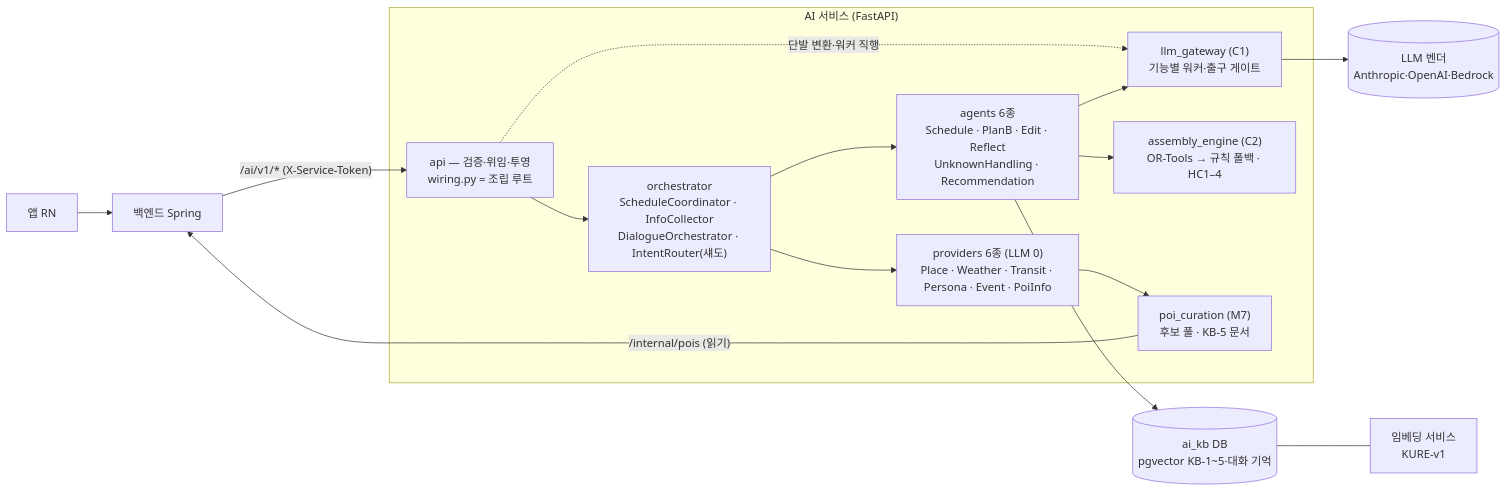
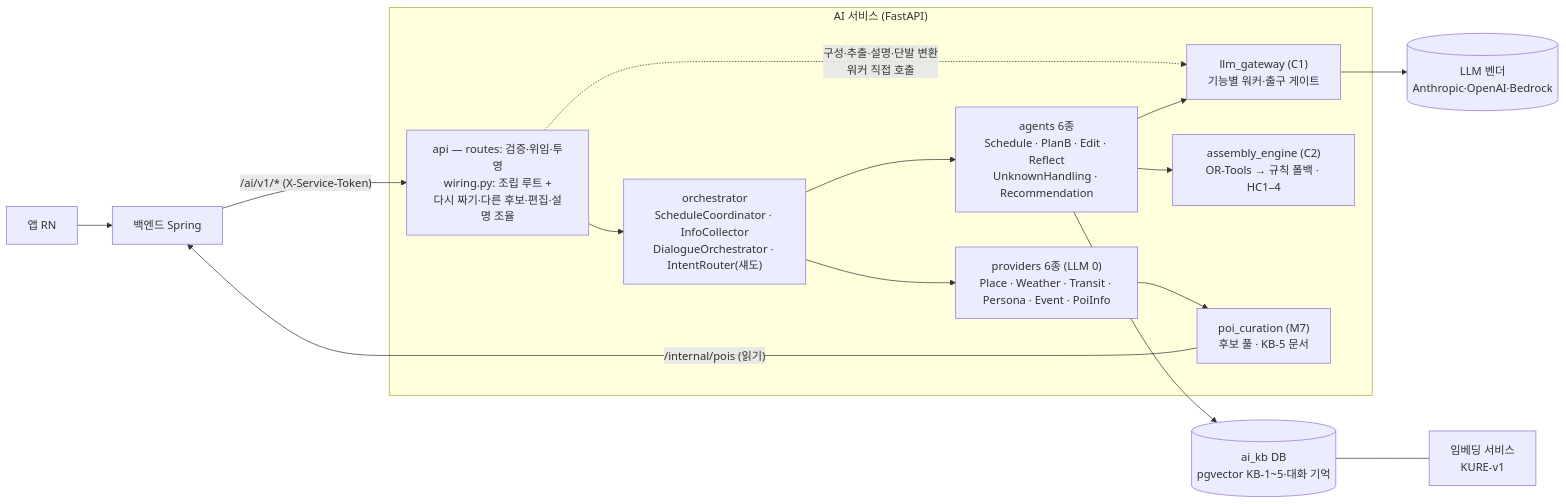
Before and after one commit to ASM-TripPilot/trippilot: the first of 2 diagrams in ai/ARCHITECTURE.md, drawn with Mermaid. The commit also changed other lines of this file, not shown here.

First line of the commit message:
docs(ai): ARCHITECTURE.md 감사 반영 — api 층이 다시 짜기·편집·설명을 조율, 도우미 흐름 그림, 미들웨어 상태코드, §12 넷 추가

````diff
--- a/ai/ARCHITECTURE.md
+++ b/ai/ARCHITECTURE.md
@@ -16,26 +16,26 @@
 ```mermaid
 flowchart LR
   App[앱 RN] --> BE[백엔드 Spring]
   BE -->|"/ai/v1/* (X-Service-Token)"| API
 
   subgraph AI["AI 서비스 (FastAPI)"]
-    API["api — 검증·위임·투영<br/>wiring.py = 조립 루트"]
+    API["api — routes: 검증·위임·투영<br/>wiring.py: 조립 루트 +<br/>다시 짜기·다른 후보·편집·설명 조율"]
     ORC["orchestrator<br/>ScheduleCoordinator · InfoCollector<br/>DialogueOrchestrator · IntentRouter(섀도)"]
     AG["agents 6종<br/>Schedule · PlanB · Edit · Reflect<br/>UnknownHandling · Recommendation"]
     PRV["providers 6종 (LLM 0)<br/>Place · Weather · Transit · Persona · Event · PoiInfo"]
     GW["llm_gateway (C1)<br/>기능별 워커·출구 게이트"]
     ASM["assembly_engine (C2)<br/>OR-Tools → 규칙 폴백 · HC1–4"]
     CUR["poi_curation (M7)<br/>후보 풀 · KB-5 문서"]
     API --> ORC --> AG
     ORC --> PRV
-    API -.->|단발 변환·워커 직행| GW
+    API -.->|구성·추출·설명·단발 변환<br/>워커 직접 호출| GW
     AG --> GW
     AG --> ASM
     PRV --> CUR
   end
 
   CUR -->|"/internal/pois (읽기)"| BE
   GW --> LLM[(LLM 벤더<br/>Anthropic·OpenAI·Bedrock)]
   AG --> KB[(ai_kb DB<br/>pgvector KB-1~5·대화 기억)]
   KB --- EMB[임베딩 서비스<br/>KURE-v1]
 ```
````
